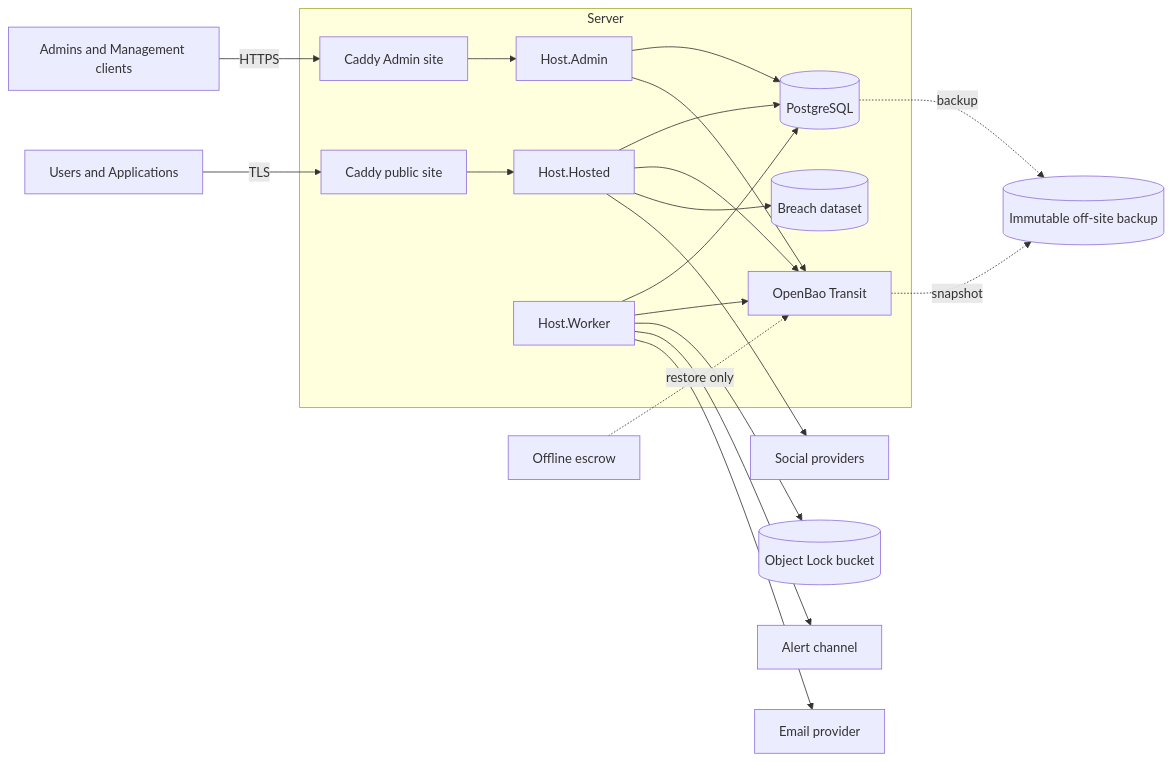
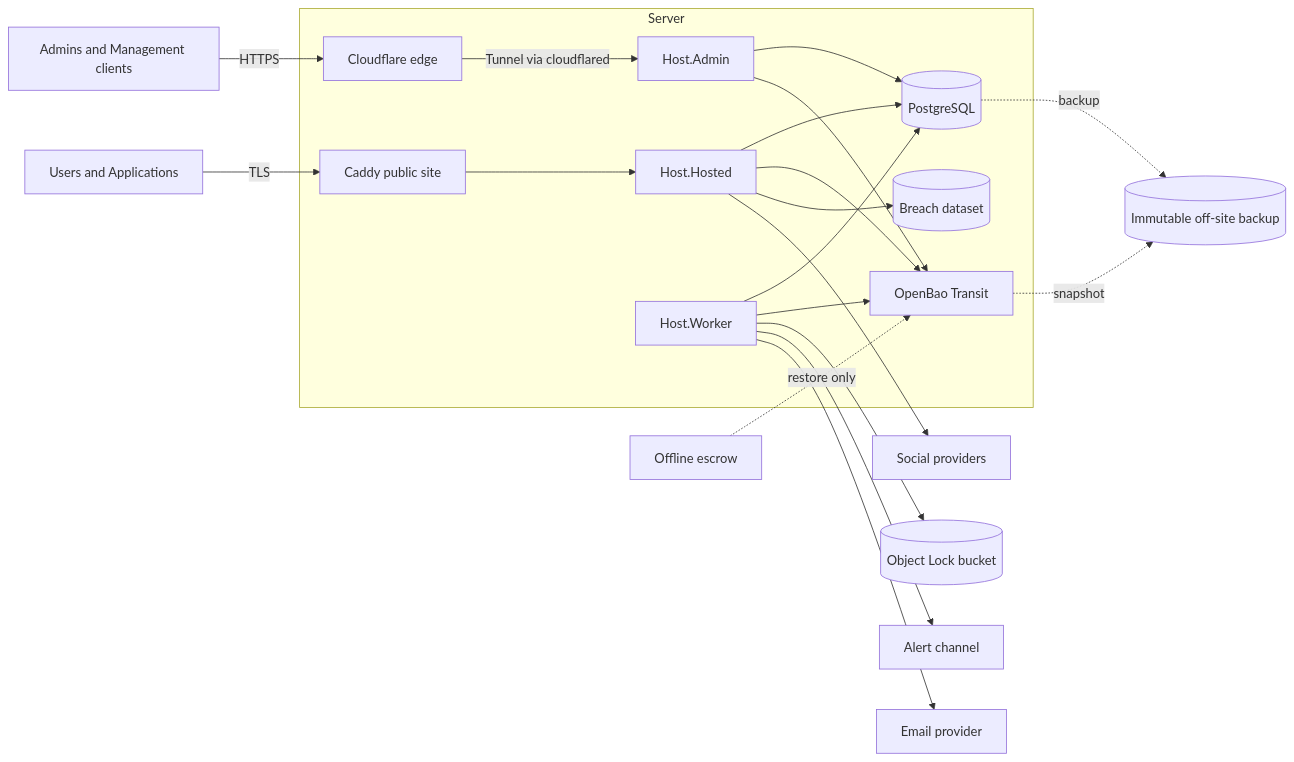
The third of 4 diagrams in _bmad-output/planning-artifacts/architecture/architecture-gatekeep-2026-11-02/ARCHITECTURE-SPINE.md (shanilmelder/gatekeep), drawn with Mermaid before and after one commit. The commit also changed other lines of this file and 3 other files, not shown here.

First line of the commit message:
docs: reach the Admin panel through a Cloudflare Tunnel

````diff
--- a/_bmad-output/planning-artifacts/architecture/architecture-gatekeep-2026-11-02/ARCHITECTURE-SPINE.md
+++ b/_bmad-output/planning-artifacts/architecture/architecture-gatekeep-2026-11-02/ARCHITECTURE-SPINE.md
@@ -551,23 +551,23 @@
 ```mermaid
 flowchart LR
   U[Users and Applications] -->|TLS| C[Caddy public site]
-  AD[Admins and Management clients] -->|HTTPS| CA[Caddy Admin site]
+  AD[Admins and Management clients] -->|HTTPS| CF[Cloudflare edge]
   subgraph Server
     C --> HH[Host.Hosted]
-    CA --> HA[Host.Admin]
+    CF -->|Tunnel via cloudflared| HA[Host.Admin]
     HH --> PG[(PostgreSQL)]
     HA --> PG
     HW[Host.Worker] --> PG
     HH --> OB[OpenBao Transit]
     HA --> OB
     HW --> OB
     HH --> BD[(Breach dataset)]
   end
   HW --> OL[(Object Lock bucket)]
   HW --> AL[Alert channel]
   HW --> EM[Email provider]
   HH --> SO[Social providers]
   PG -. backup .-> BK[(Immutable off-site backup)]
   OB -. snapshot .-> BK
   ES[Offline escrow] -. restore only .-> OB
 ```
````
